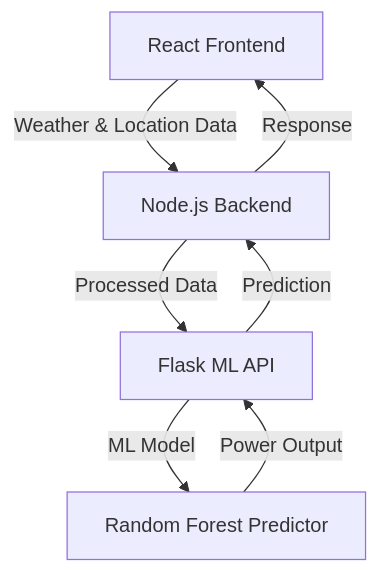
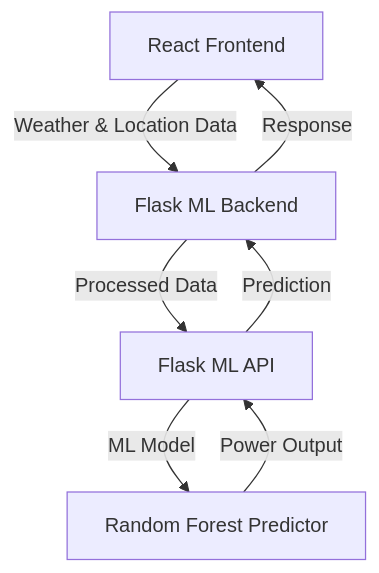
Before and after one commit to HetLimbani-learnerboy/SolarPower-ML: the diagram in README.md, drawn with Mermaid. The commit also changed other lines of this file, not shown here.

````diff
--- a/README.md
+++ b/README.md
@@ -46,9 +46,9 @@
 ```mermaid
 graph TD
-    A[React Frontend] -->|Weather & Location Data| B[Node.js Backend]
+    A[React Frontend] -->|Weather & Location Data| B[Flask ML Backend]
     B -->|Processed Data| C[Flask ML API]
     C -->|ML Model| D[Random Forest Predictor]
     D -->|Power Output| C
     C -->|Prediction| B
     B -->|Response| A
 ```
````
